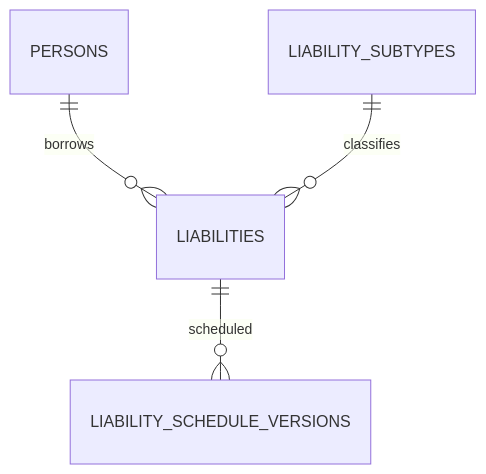
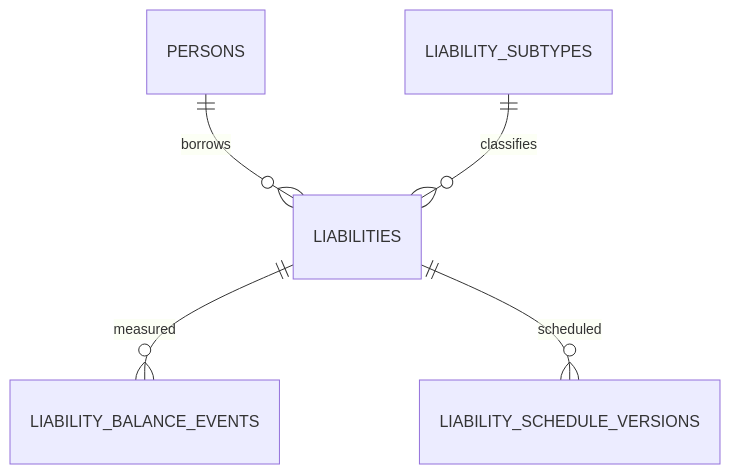
One commit to Yatish84/vittavaan changed diagram 25 of 51 in docs/v3/03_System_Design/03_Database_Design.md. Above: the diagram before and after it, drawn with Mermaid. The commit also changed other lines of this file and 93 other files, not shown here.

````diff
--- a/docs/v3/03_System_Design/03_Database_Design.md
+++ b/docs/v3/03_System_Design/03_Database_Design.md
@@ -640,6 +679,7 @@
 ```mermaid
 erDiagram
     PERSONS ||--o{ LIABILITIES : borrows
     LIABILITY_SUBTYPES ||--o{ LIABILITIES : classifies
+    LIABILITIES ||--o{ LIABILITY_BALANCE_EVENTS : measured
     LIABILITIES ||--o{ LIABILITY_SCHEDULE_VERSIONS : scheduled
 ```
````
